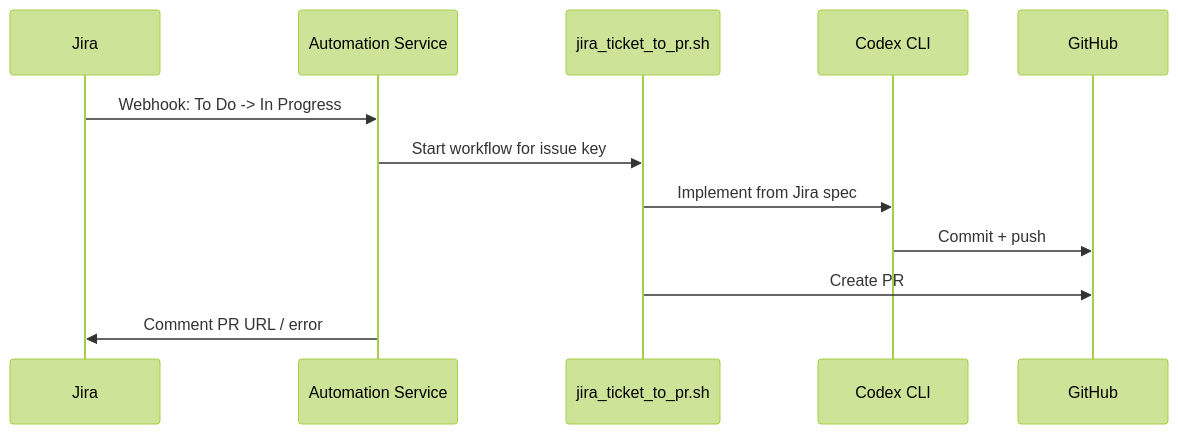
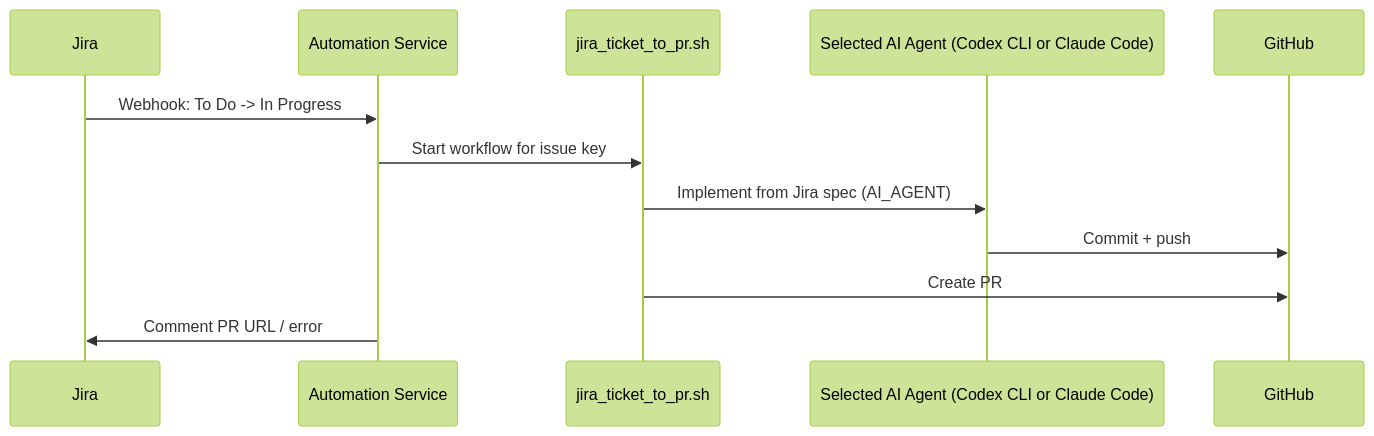
One commit to RDK995/JiraWorkflowAutomation changed the first of 2 diagrams in README.md. Above: the diagram before and after it, drawn with Mermaid (forest theme). The commit also changed other lines of this file and 15 other files, not shown here.

First line of the commit message:
feat: Add Sign in with Claude flow and fix verification timeout

````diff
--- a/README.md
+++ b/README.md
@@ -18,15 +18,15 @@
 ```mermaid
 sequenceDiagram
     participant Jira as Jira
     participant App as Automation Service
     participant Script as jira_ticket_to_pr.sh
-    participant Codex as Codex CLI
+    participant Agent as Selected AI Agent (Codex CLI or Claude Code)
     participant GitHub as GitHub
 
     Jira->>App: Webhook: To Do -> In Progress
     App->>Script: Start workflow for issue key
-    Script->>Codex: Implement from Jira spec
-    Codex->>GitHub: Commit + push
+    Script->>Agent: Implement from Jira spec (AI_AGENT)
+    Agent->>GitHub: Commit + push
     Script->>GitHub: Create PR
     App->>Jira: Comment PR URL / error
 ```
````
